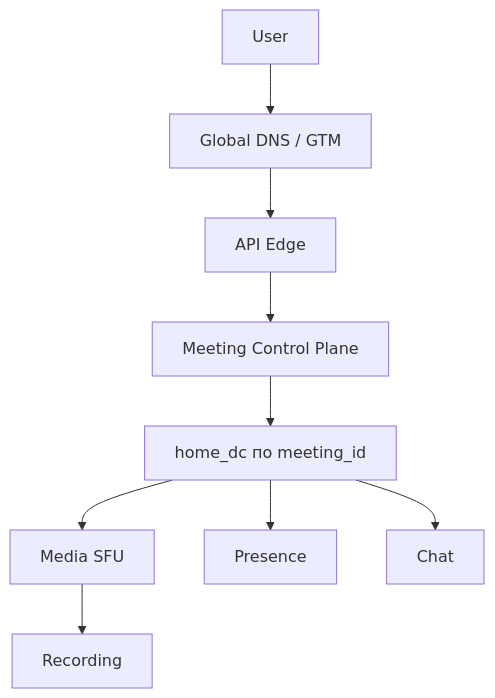
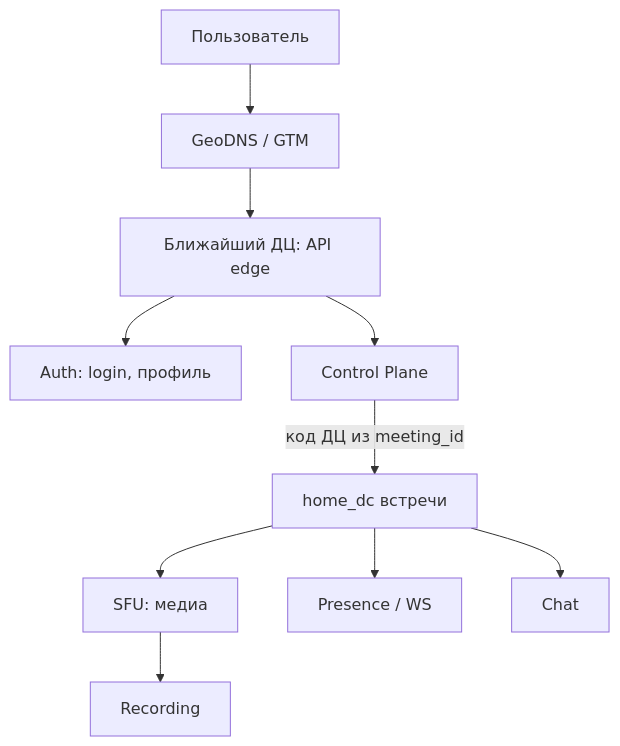
One commit to Danykrane/system_design changed the first of 11 diagrams in README.md. Above: the diagram before and after it, drawn with Mermaid. The commit also changed other lines of this file and 5 other files, not shown here.

````diff
--- a/README.md
+++ b/README.md
@@ -234,11 +287,12 @@
 ```mermaid
 flowchart TD
-    U["User"] --> DNS["Global DNS / GTM"]
-    DNS --> API["API Edge"]
-    API --> CP["Meeting Control Plane"]
-    CP --> HOME["home_dc по meeting_id"]
-    HOME --> SFU["Media SFU"]
+    U["Пользователь"] --> DNS["GeoDNS / GTM"]
+    DNS --> NEAR["Ближайший ДЦ: API edge"]
+    NEAR --> AUTH["Auth: login, профиль"]
+    NEAR --> CP["Control Plane"]
+    CP -->|"код ДЦ из meeting_id"| HOME["home_dc встречи"]
+    HOME --> SFU["SFU: медиа"]
+    HOME --> PRES["Presence / WS"]
+    HOME --> CHAT["Chat"]
     SFU --> REC["Recording"]
-    HOME --> PRES["Presence"]
-    HOME --> CHAT["Chat"]
 ```
````
